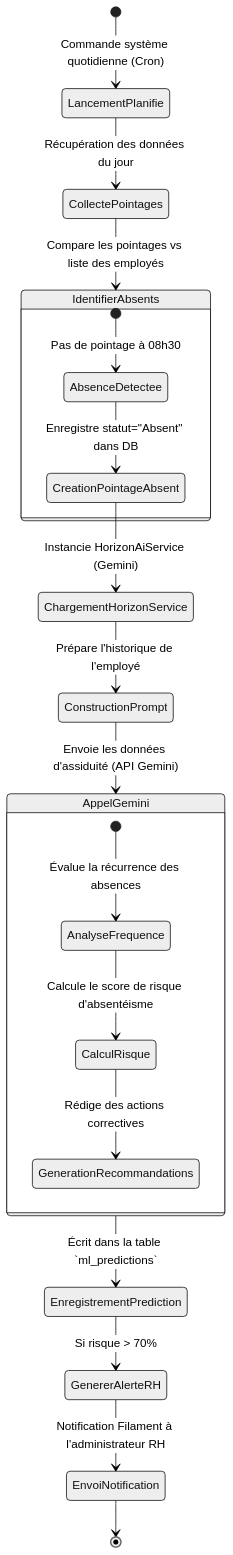
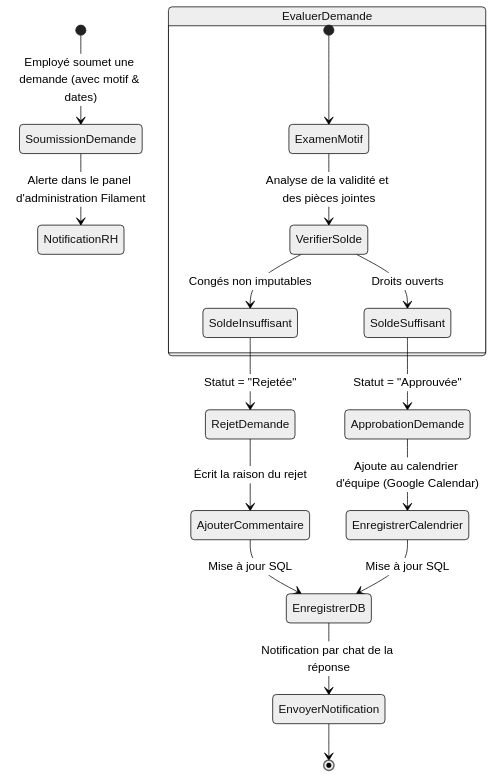
Before and after one commit to Evrad15/C.H.R.A.C.E.R.H: the seventh of 14 diagrams in rapport_de_stage_diagrammes.md, drawn with Mermaid (neutral theme). The commit also changed other lines of this file and 19 other files, not shown here.

Commit message:
docs: update project README and documentation with comprehensive architectural diagrams and feature specifications

````diff
--- a/rapport_de_stage_diagrammes.md
+++ b/rapport_de_stage_diagrammes.md
@@ -197,26 +207,24 @@
 ```mermaid
 stateDiagram-v2
-    [*] --> LancementPlanifie : Commande système quotidienne (Cron)
-    LancementPlanifie --> CollectePointages : Récupération des données du jour
-    CollectePointages --> IdentifierAbsents : Compare les pointages vs liste des employés
+    [*] --> SoumissionDemande : Employé soumet une demande (avec motif & dates)
+    SoumissionDemande --> NotificationRH : Alerte dans le panel d'administration Filament
     
-    state IdentifierAbsents {
-        [*] --> AbsenceDetectee : Pas de pointage à 08h30
-        AbsenceDetectee --> CreationPointageAbsent : Enregistre statut="Absent" dans DB
+    state EvaluerDemande {
+        [*] --> ExamenMotif
+        ExamenMotif --> VerifierSolde : Analyse de la validité et des pièces jointes
+        VerifierSolde --> SoldeSuffisant : Droits ouverts
+        VerifierSolde --> SoldeInsuffisant : Congés non imputables
     }
 
-    CreationPointageAbsent --> ChargementHorizonService : Instancie HorizonAiService (Gemini)
-    ChargementHorizonService --> ConstructionPrompt : Prépare l'historique de l'employé
-    ConstructionPrompt --> AppelGemini : Envoie les données d'assiduité (API Gemini)
+    SoldeInsuffisant --> RejetDemande : Statut = "Rejetée"
+    SoldeSuffisant --> ApprobationDemande : Statut = "Approuvée"
     
-    state AppelGemini {
-        [*] --> AnalyseFrequence : Évalue la récurrence des absences
-        AnalyseFrequence --> CalculRisque : Calcule le score de risque d'absentéisme
-        CalculRisque --> GenerationRecommandations : Rédige des actions correctives
-    }
-
-    AppelGemini --> EnregistrementPrediction : Écrit dans la table `ml_predictions`
-    EnregistrementPrediction --> GenererAlerteRH : Si risque > 70%
-    GenererAlerteRH --> EnvoiNotification : Notification Filament à l'administrateur RH
-    EnvoiNotification --> [*]
+    RejetDemande --> AjouterCommentaire : Écrit la raison du rejet
+    ApprobationDemande --> EnregistrerCalendrier : Ajoute au calendrier d'équipe (Google Calendar)
+    
+    AjouterCommentaire --> EnregistrerDB : Mise à jour SQL
+    EnregistrerCalendrier --> EnregistrerDB : Mise à jour SQL
+    
+    EnregistrerDB --> EnvoyerNotification : Notification par chat de la réponse
+    EnvoyerNotification --> [*]
 ```
````
